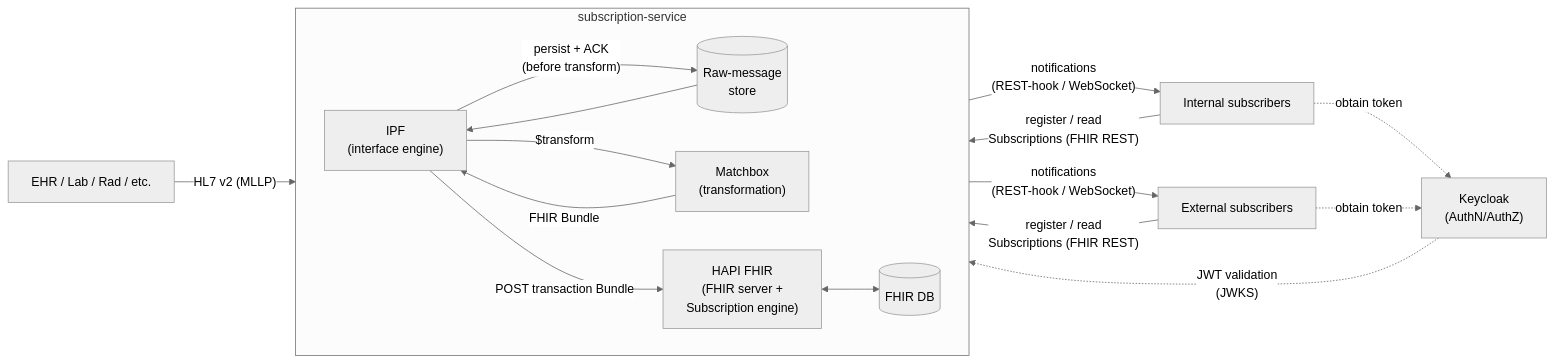
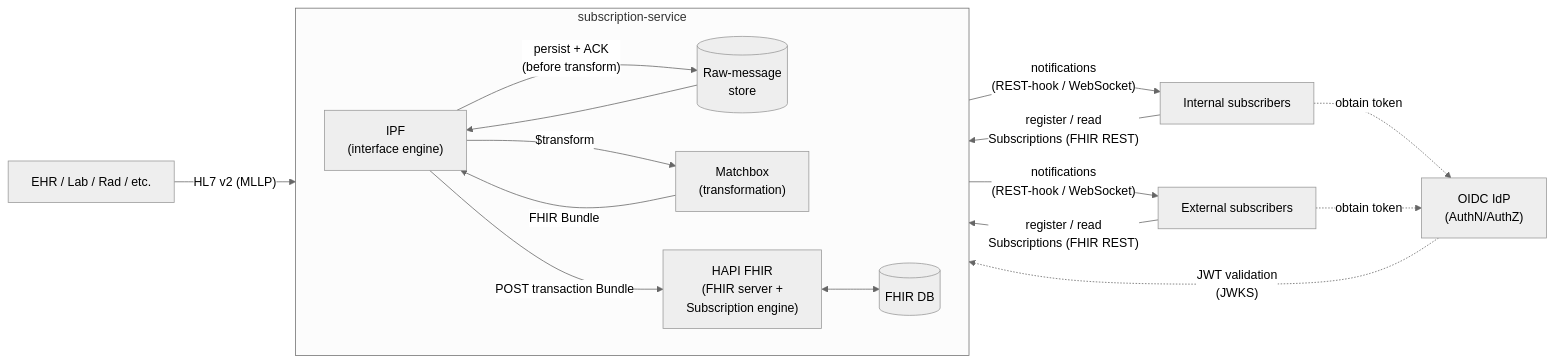
Before and after one commit to bzimbelman/fhir-ehr-subscriptions-service: the third of 3 diagrams in README.md, drawn with Mermaid (neutral theme). The commit also changed other lines of this file and 7 other files, not shown here.

````diff
--- a/README.md
+++ b/README.md
@@ -63,35 +63,35 @@
 ```mermaid
 flowchart LR
     sources["EHR / Lab / Rad / etc."]
 
     subgraph svc["subscription-service"]
         direction LR
         ipf["IPF<br/>(interface engine)"]
         raw[("Raw-message<br/>store")]
         matchbox["Matchbox<br/>(transformation)"]
         hapi["HAPI FHIR<br/>(FHIR server +<br/>Subscription engine)"]
         fhirdb[("FHIR DB")]
     end
 
-    keycloak["Keycloak<br/>(AuthN/AuthZ)"]
+    idp["OIDC IdP<br/>(AuthN/AuthZ)"]
 
     int_sub["Internal subscribers"]
     ext_sub["External subscribers"]
 
     sources -->|"HL7 v2 (MLLP)"| ipf
     ipf -->|"persist + ACK<br/>(before transform)"| raw
     raw --> ipf
     ipf -->|"$transform"| matchbox
     matchbox -->|"FHIR Bundle"| ipf
     ipf -->|"POST transaction Bundle"| hapi
     hapi <--> fhirdb
 
     int_sub -->|"register / read<br/>Subscriptions (FHIR REST)"| hapi
     ext_sub -->|"register / read<br/>Subscriptions (FHIR REST)"| hapi
     hapi -->|"notifications<br/>(REST-hook / WebSocket)"| int_sub
     hapi -->|"notifications<br/>(REST-hook / WebSocket)"| ext_sub
 
-    keycloak -.->|"JWT validation<br/>(JWKS)"| hapi
-    int_sub -.->|"obtain token"| keycloak
-    ext_sub -.->|"obtain token"| keycloak
+    idp -.->|"JWT validation<br/>(JWKS)"| hapi
+    int_sub -.->|"obtain token"| idp
+    ext_sub -.->|"obtain token"| idp
 ```
````
